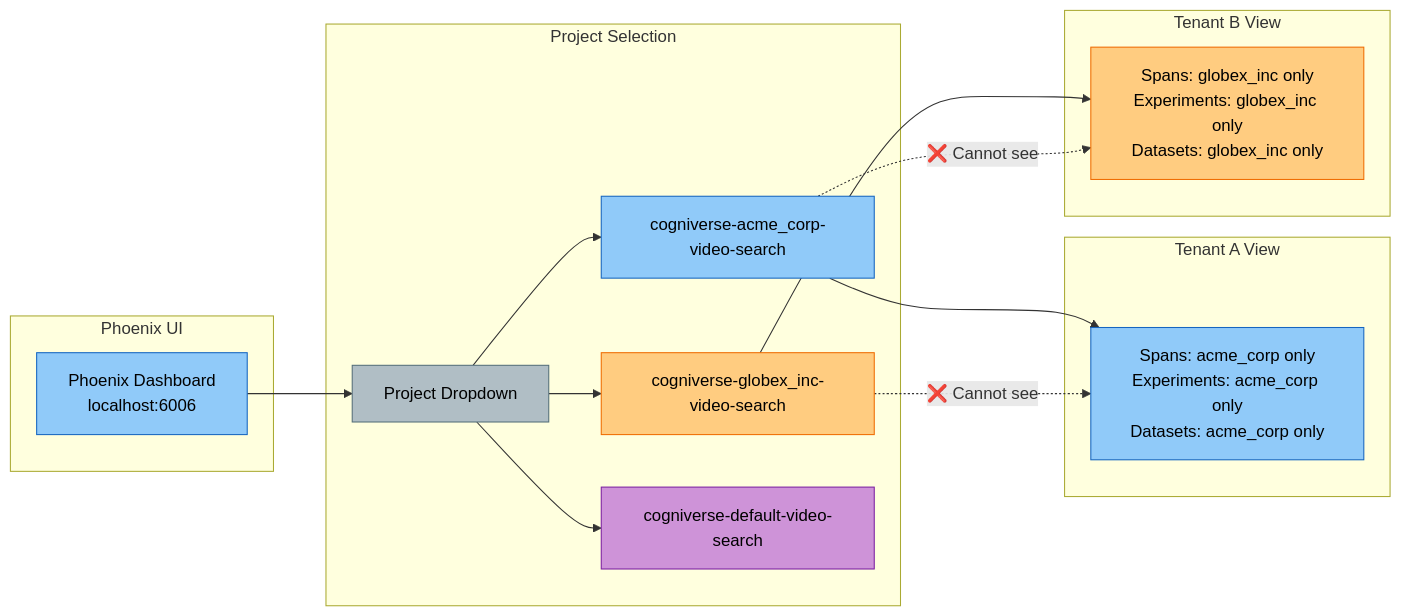
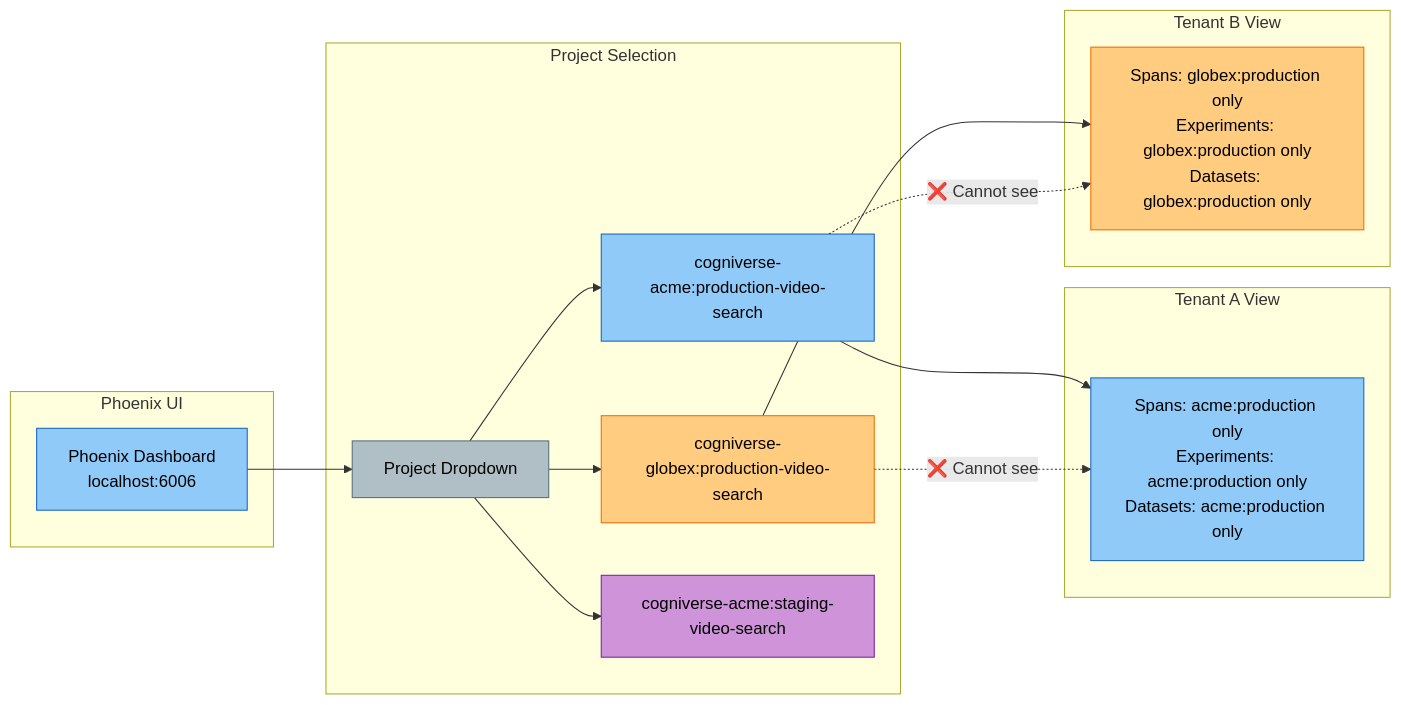
One commit to amit-jain/cogniverse changed diagram 12 of 21 in docs/diagrams/multi-tenant-diagrams.md. Above: the diagram before and after it, drawn with Mermaid. The commit also changed other lines of this file and 50 other files, not shown here.

First line of the commit message:
Complete and verify docs against code with mermaid palette

````diff
--- a/docs/diagrams/multi-tenant-diagrams.md
+++ b/docs/diagrams/multi-tenant-diagrams.md
@@ -513,40 +524,40 @@
 ```mermaid
 flowchart LR
     subgraph "Phoenix UI"
         Dashboard["<span style='color:#000'>Phoenix Dashboard<br/>localhost:6006</span>"]
     end
 
     subgraph "Project Selection"
         DropDown["<span style='color:#000'>Project Dropdown</span>"]
-        ProjectA["<span style='color:#000'>cogniverse-acme_corp-video-search</span>"]
-        ProjectB["<span style='color:#000'>cogniverse-globex_inc-video-search</span>"]
-        ProjectC["<span style='color:#000'>cogniverse-default-video-search</span>"]
+        ProjectA["<span style='color:#000'>cogniverse-acme:production-video-search</span>"]
+        ProjectB["<span style='color:#000'>cogniverse-globex:production-video-search</span>"]
+        ProjectC["<span style='color:#000'>cogniverse-acme:staging-video-search</span>"]
     end
 
     subgraph "Tenant A View"
-        ViewA["<span style='color:#000'>Spans: acme_corp only<br/>Experiments: acme_corp only<br/>Datasets: acme_corp only</span>"]
+        ViewA["<span style='color:#000'>Spans: acme:production only<br/>Experiments: acme:production only<br/>Datasets: acme:production only</span>"]
     end
 
     subgraph "Tenant B View"
-        ViewB["<span style='color:#000'>Spans: globex_inc only<br/>Experiments: globex_inc only<br/>Datasets: globex_inc only</span>"]
+        ViewB["<span style='color:#000'>Spans: globex:production only<br/>Experiments: globex:production only<br/>Datasets: globex:production only</span>"]
     end
 
     Dashboard --> DropDown
     DropDown --> ProjectA
     DropDown --> ProjectB
     DropDown --> ProjectC
 
     ProjectA --> ViewA
     ProjectB --> ViewB
 
     ProjectA -.->|❌ Cannot see| ViewB
     ProjectB -.->|❌ Cannot see| ViewA
 
     style Dashboard fill:#90caf9,stroke:#1565c0,color:#000
     style DropDown fill:#b0bec5,stroke:#546e7a,color:#000
     style ProjectA fill:#90caf9,stroke:#1565c0,color:#000
     style ProjectB fill:#ffcc80,stroke:#ef6c00,color:#000
     style ProjectC fill:#ce93d8,stroke:#7b1fa2,color:#000
     style ViewA fill:#90caf9,stroke:#1565c0,color:#000
     style ViewB fill:#ffcc80,stroke:#ef6c00,color:#000
 ```
````
